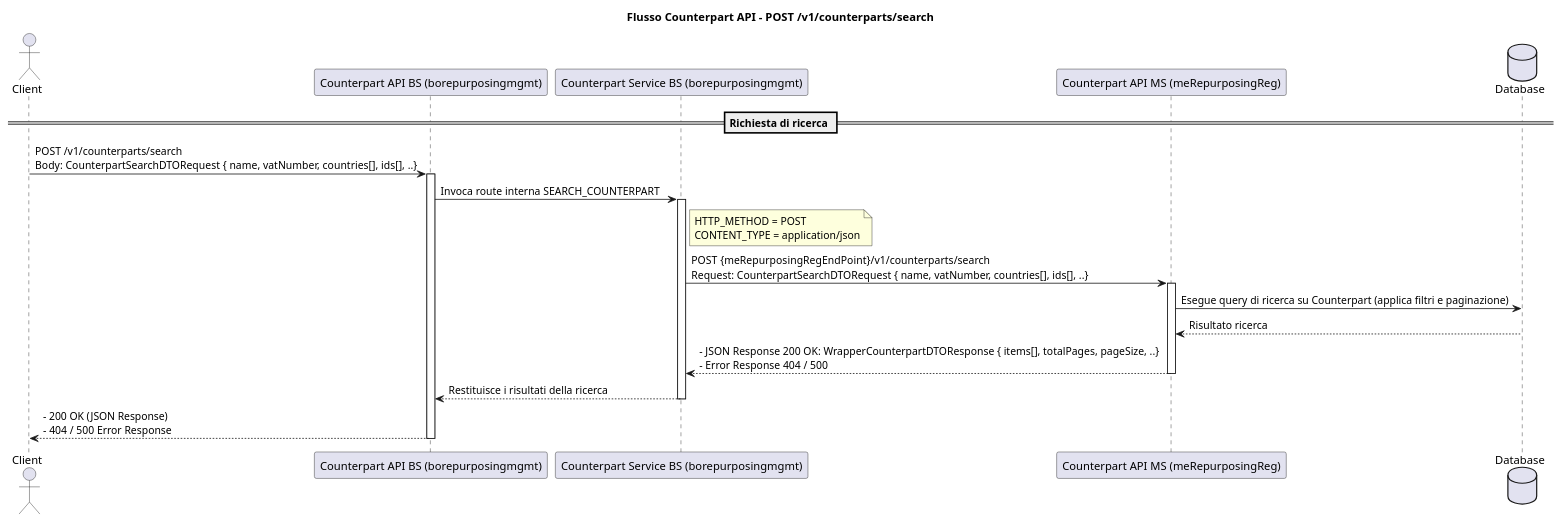
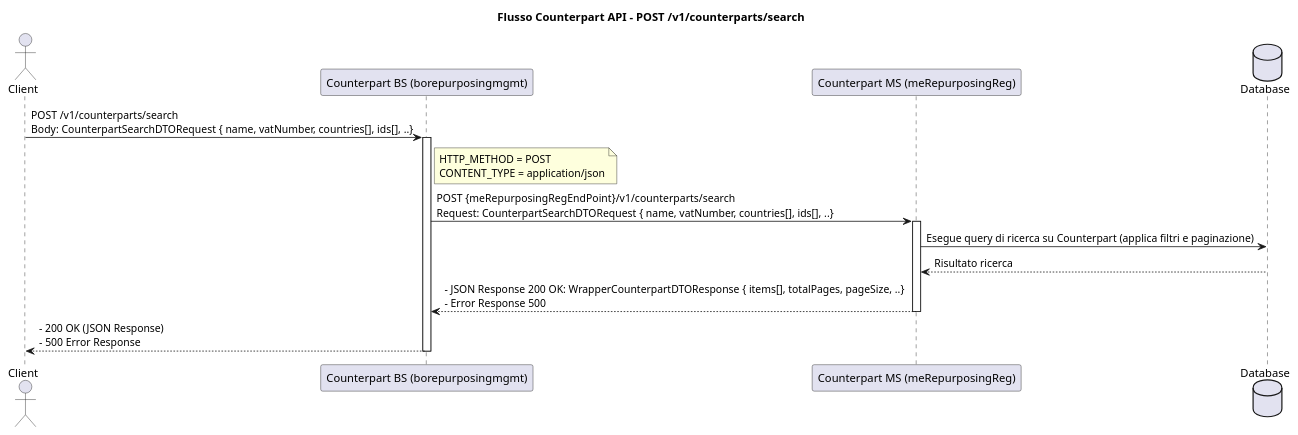
One commit to Tonio-D-San/MdToOther changed the diagram in Documentazione/Counterpart/snippets/post_v1_counterparts_search.puml. Above: the diagram before and after it, drawn with PlantUML. The commit also changed 10 other files, not shown here.

Commit message:
refactor: update documentation for Counterpart and Plant APIs to reflect microservice architecture changes

```diff
--- a/Documentazione/Counterpart/snippets/post_v1_counterparts_search.puml
+++ b/Documentazione/Counterpart/snippets/post_v1_counterparts_search.puml
@@ -1,36 +1,28 @@
 @startuml
 title Flusso Counterpart API - POST /v1/counterparts/search
 
 actor Client as C
-participant "Counterpart API BS (borepurposingmgmt)" as API_BS
-participant "Counterpart Service BS (borepurposingmgmt)" as Service_BS
-participant "Counterpart API MS (meRepurposingReg)" as API_MS
+participant "Counterpart BS (borepurposingmgmt)" as BS
+participant "Counterpart MS (meRepurposingReg)" as MS
 database "Database" as DB
 
-== Richiesta di ricerca ==
-C -> API_BS : POST /v1/counterparts/search\nBody: CounterpartSearchDTORequest { name, vatNumber, countries[], ids[], ..}
-activate API_BS
+C -> BS : POST /v1/counterparts/search\nBody: CounterpartSearchDTORequest { name, vatNumber, countries[], ids[], ..}
+activate BS
 
-API_BS -> Service_BS : Invoca route interna SEARCH_COUNTERPART
-activate Service_BS
-
-note right of Service_BS
+note right of BS
 HTTP_METHOD = POST
 CONTENT_TYPE = application/json
 end note
 
-Service_BS -> API_MS : POST  {meRepurposingRegEndPoint}/v1/counterparts/search \nRequest: CounterpartSearchDTORequest { name, vatNumber, countries[], ids[], ..}
-activate API_MS
+BS -> MS : POST  {meRepurposingRegEndPoint}/v1/counterparts/search \nRequest: CounterpartSearchDTORequest { name, vatNumber, countries[], ids[], ..}
+activate MS
 
-API_MS -> DB : Esegue query di ricerca su Counterpart (applica filtri e paginazione)
-DB --> API_MS : Risultato ricerca
-API_MS --> Service_BS : - JSON Response 200 OK: WrapperCounterpartDTOResponse { items[], totalPages, pageSize, ..} \n- Error Response 404 / 500
-deactivate API_MS
+MS -> DB : Esegue query di ricerca su Counterpart (applica filtri e paginazione)
+DB --> MS : Risultato ricerca
+MS --> BS : - JSON Response 200 OK: WrapperCounterpartDTOResponse { items[], totalPages, pageSize, ..} \n- Error Response 500
+deactivate MS
 
-Service_BS --> API_BS : Restituisce i risultati della ricerca
-deactivate Service_BS
-
-API_BS --> C : - 200 OK (JSON Response) \n- 404 / 500 Error Response
-deactivate API_BS
+BS --> C : - 200 OK (JSON Response) \n- 500 Error Response
+deactivate BS
 
 @enduml
```
